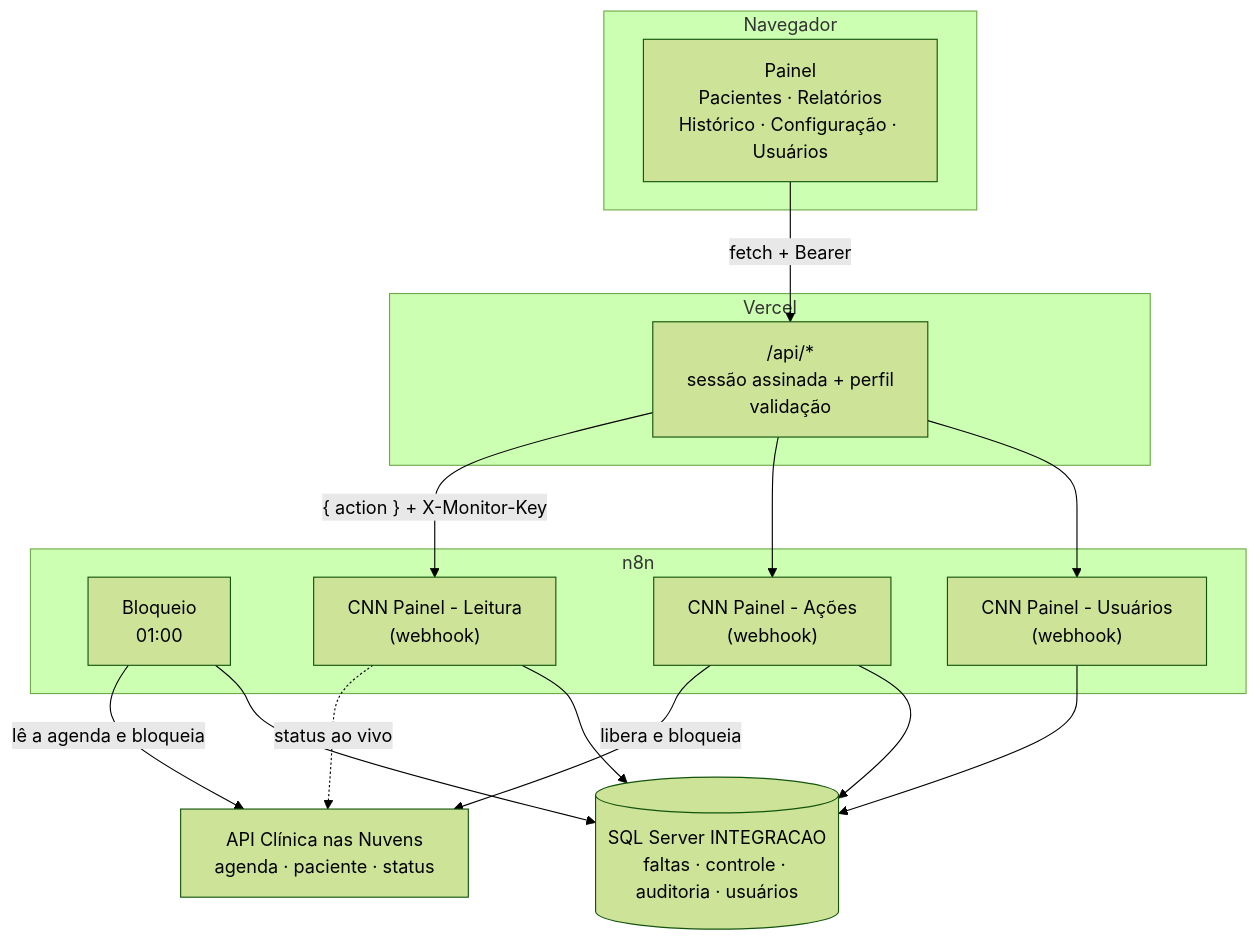
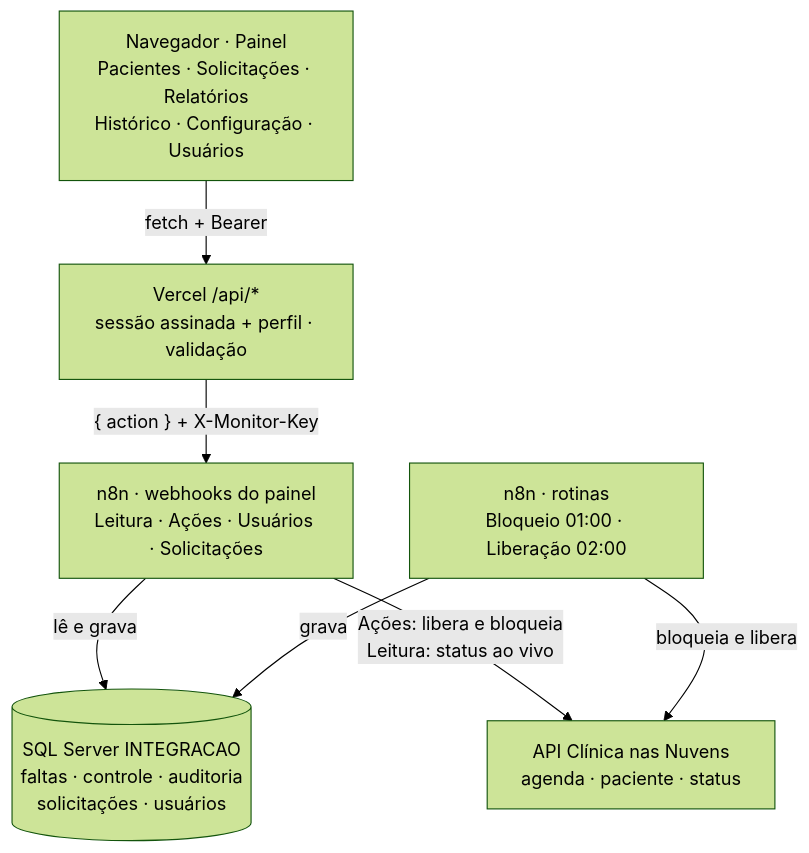
One commit to clariens/painel-integracao-desbloqueio-CNN-web changed the diagram in docs/README.md. Above: the diagram before and after it, drawn with Mermaid (forest theme). The commit also changed other lines of this file and 91 other files, not shown here.

First line of the commit message:
Solicitações de desbloqueio e liberação automática após o prazo

````diff
--- a/docs/README.md
+++ b/docs/README.md
@@ -17,29 +18,16 @@
 ```mermaid
 flowchart TB
-    subgraph Navegador
-        UI["Painel<br/>Pacientes · Relatórios<br/>Histórico · Configuração · Usuários"]
-    end
-    subgraph Vercel
-        API["/api/*<br/>sessão assinada + perfil<br/>validação"]
-    end
-    subgraph N8N["n8n"]
-        B["Bloqueio<br/>01:00"]
-        L["CNN Painel - Leitura<br/>(webhook)"]
-        A["CNN Painel - Ações<br/>(webhook)"]
-        US["CNN Painel - Usuários<br/>(webhook)"]
-    end
+    UI["Navegador · Painel<br/>Pacientes · Solicitações · Relatórios<br/>Histórico · Configuração · Usuários"]
+    API["Vercel /api/*<br/>sessão assinada + perfil · validação"]
+    W["n8n · webhooks do painel<br/>Leitura · Ações · Usuários · Solicitações"]
+    R["n8n · rotinas<br/>Bloqueio 01:00 · Liberação 02:00"]
     CNN["API Clínica nas Nuvens<br/>agenda · paciente · status"]
-    DB[("SQL Server INTEGRACAO<br/>faltas · controle · auditoria · usuários")]
+    DB[("SQL Server INTEGRACAO<br/>faltas · controle · auditoria<br/>solicitações · usuários")]
 
     UI -- "fetch + Bearer" --> API
-    API -- "{ action } + X-Monitor-Key" --> L
-    API --> A
-    API --> US
-    B -- "lê a agenda e bloqueia" --> CNN
-    A -- "libera e bloqueia" --> CNN
-    L -. "status ao vivo" .-> CNN
-    B --> DB
-    L --> DB
-    A --> DB
-    US --> DB
+    API -- "{ action } + X-Monitor-Key" --> W
+    W -- "lê e grava" --> DB
+    W -- "Ações: libera e bloqueia<br/>Leitura: status ao vivo" --> CNN
+    R -- "bloqueia e libera" --> CNN
+    R -- "grava" --> DB
 ```
````
